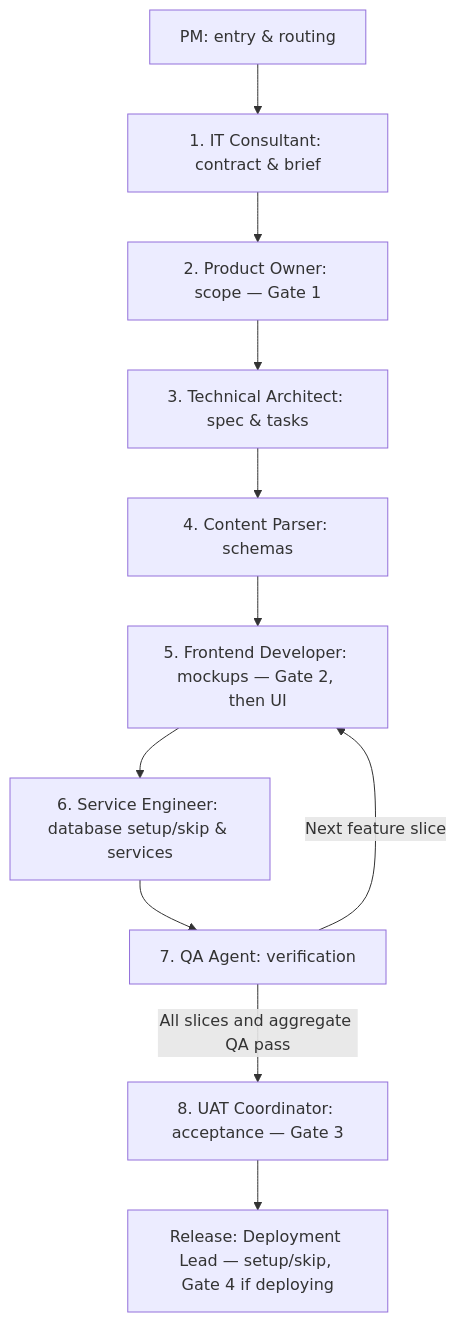
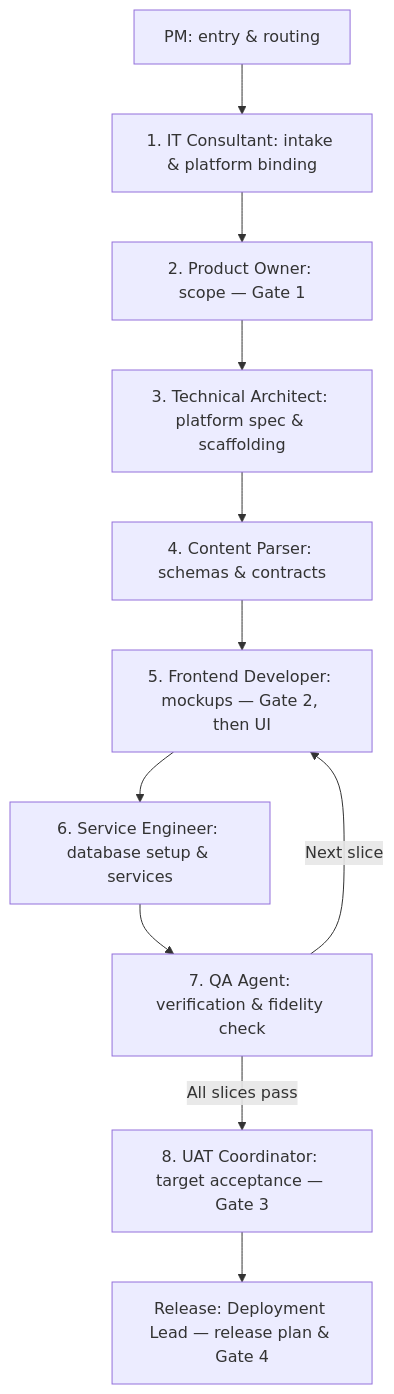
Before and after one commit to harip/pm-skills: the diagram in README.md, drawn with Mermaid. The commit also changed other lines of this file, not shown here.

Commit message:
docs: update README with platform tracks, /pm test, and sandbox isolation

````diff
--- a/README.md
+++ b/README.md
@@ -83,13 +78,13 @@
 ```mermaid
 flowchart TB
-    PM["PM: entry & routing"] --> IT["1. IT Consultant: contract & brief"]
+    PM["PM: entry & routing"] --> IT["1. IT Consultant: intake & platform binding"]
     IT --> PO["2. Product Owner: scope — Gate 1"]
-    PO --> TA["3. Technical Architect: spec & tasks"]
-    TA --> CP["4. Content Parser: schemas"]
+    PO --> TA["3. Technical Architect: platform spec & scaffolding"]
+    TA --> CP["4. Content Parser: schemas & contracts"]
     CP --> FE["5. Frontend Developer: mockups — Gate 2, then UI"]
-    FE --> SE["6. Service Engineer: database setup/skip & services"]
-    SE --> QA["7. QA Agent: verification"]
-    QA -->|All slices and aggregate QA pass| UAT["8. UAT Coordinator: acceptance — Gate 3"]
-    QA -->|Next feature slice| FE
-    UAT --> DEP["Release: Deployment Lead — setup/skip, Gate 4 if deploying"]
+    FE --> SE["6. Service Engineer: database setup & services"]
+    SE --> QA["7. QA Agent: verification & fidelity check"]
+    QA -->|All slices pass| UAT["8. UAT Coordinator: target acceptance — Gate 3"]
+    QA -->|Next slice| FE
+    UAT --> DEP["Release: Deployment Lead — release plan & Gate 4"]
 ```
````
